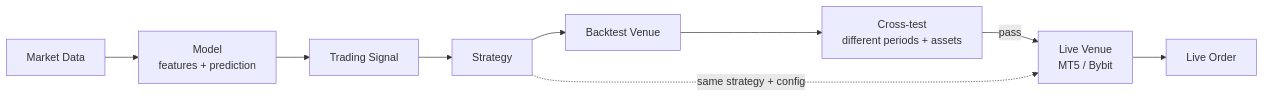
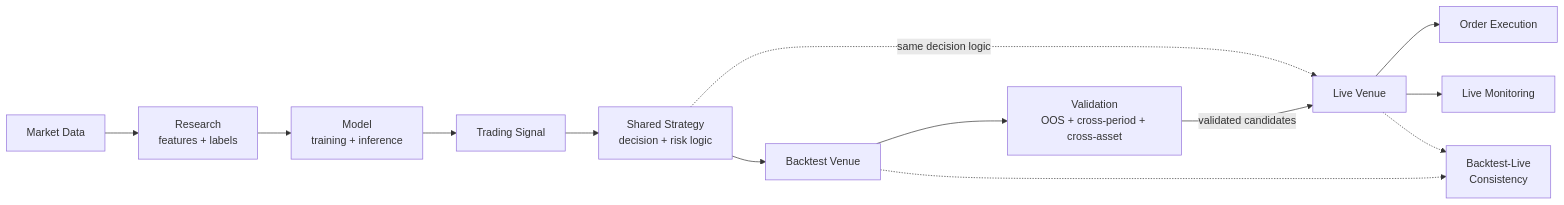
Before and after one commit to XiongChao77/financial-ml-system: the diagram in Readme.md, drawn with Mermaid. The commit also changed other lines of this file and 9 other files, not shown here.

Commit message:
update readme, introduce live strategy

````diff
--- a/Readme.md
+++ b/Readme.md
@@ -7,11 +15,18 @@
 ```mermaid
 flowchart LR
-    DATA["Market Data"] --> MODEL["Model<br/>features + prediction"]
+    DATA["Market Data"] --> RESEARCH["Research<br/>features + labels"]
+    RESEARCH --> MODEL["Model<br/>training + inference"]
     MODEL --> SIGNAL["Trading Signal"]
-    SIGNAL --> STRATEGY["Strategy"]
+    SIGNAL --> STRATEGY["Shared Strategy<br/>decision + risk logic"]
+
     STRATEGY --> BACKTEST["Backtest Venue"]
-    BACKTEST --> VALIDATE["Cross-test<br/>different periods + assets"]
-    VALIDATE -->|"pass"| LIVE["Live Venue<br/>MT5 / Bybit"]
-    STRATEGY -.->|"same strategy + config"| LIVE
-    LIVE --> ORDER["Live Order"]
+    BACKTEST --> VALIDATION["Validation<br/>OOS + cross-period + cross-asset"]
+    VALIDATION -->|"validated candidates"| LIVE["Live Venue"]
+
+    STRATEGY -.->|"same decision logic"| LIVE
+    LIVE --> EXECUTION["Order Execution"]
+    LIVE --> MONITORING["Live Monitoring"]
+
+    BACKTEST -.-> CONSISTENCY["Backtest-Live<br/>Consistency"]
+    LIVE -.-> CONSISTENCY
 ```
````
